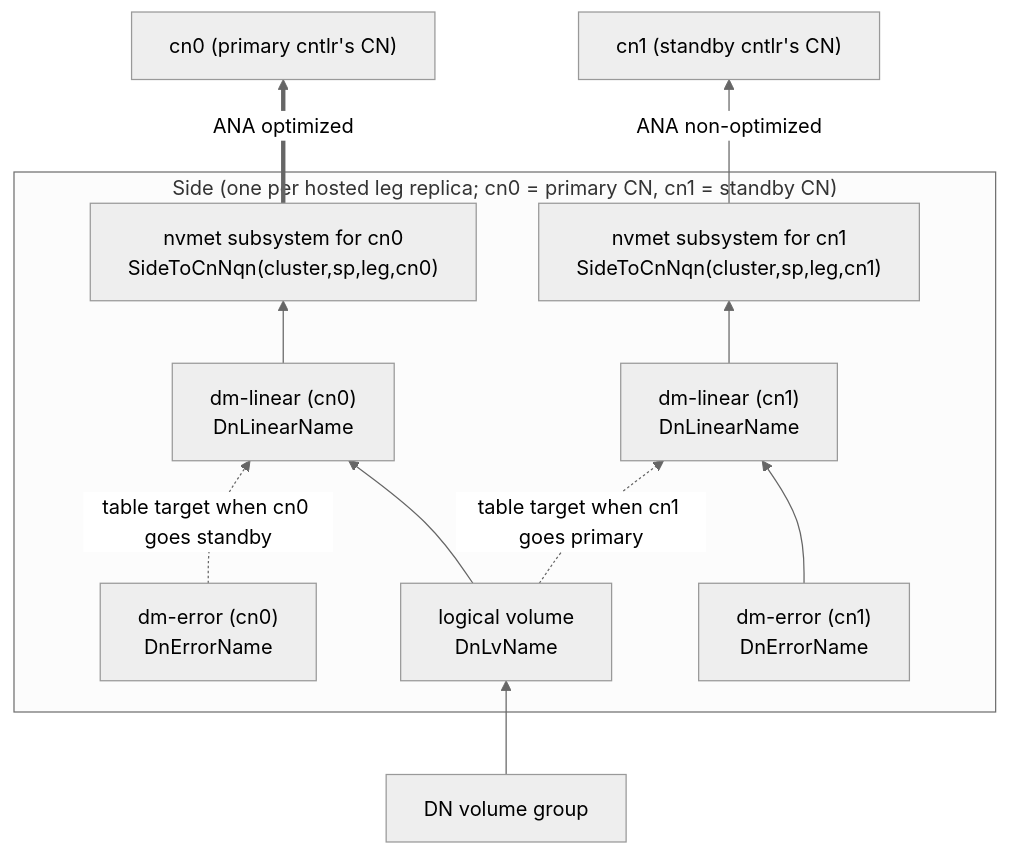
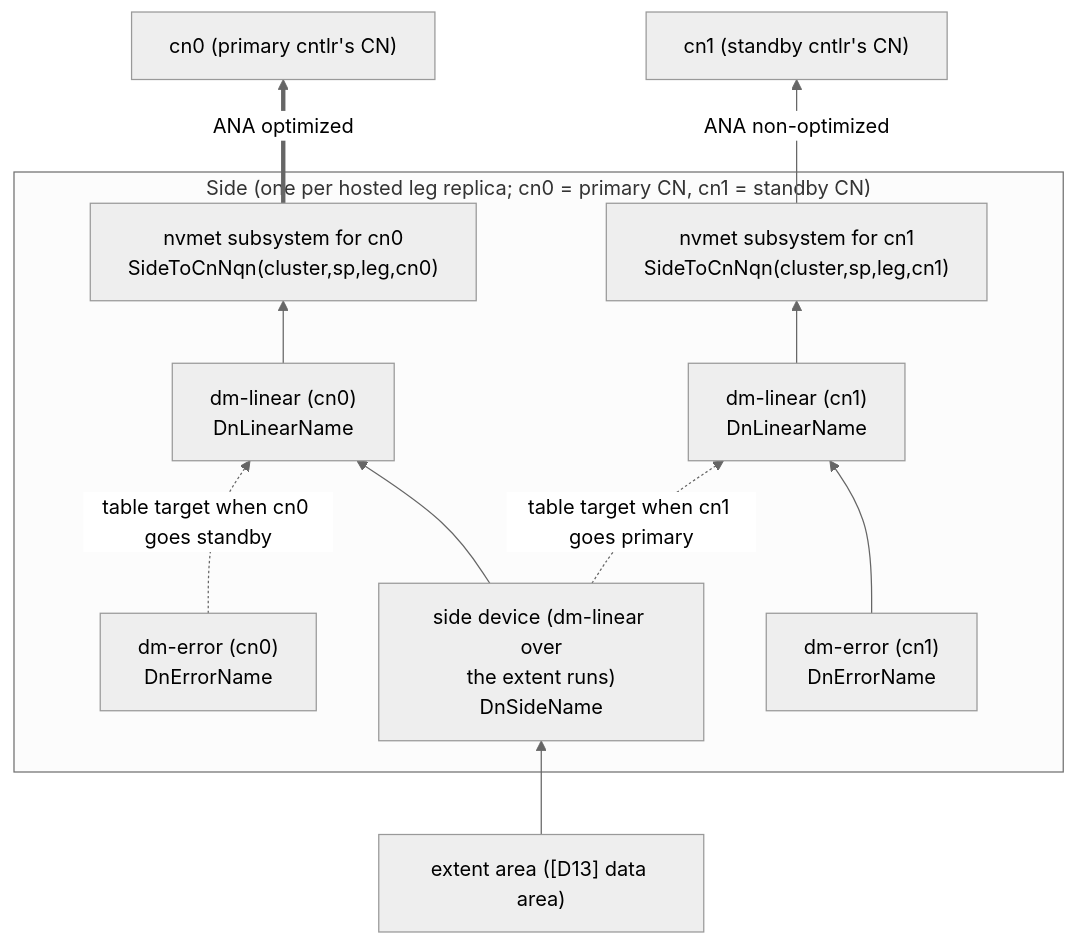
Before and after one commit to distributed-nvme/distributed-nvme: the third of 11 diagrams in doc/architecture.md, drawn with Mermaid (neutral theme). The commit also changed other lines of this file and 50 other files, not shown here.

````diff
--- a/doc/architecture.md
+++ b/doc/architecture.md
@@ -209,21 +226,21 @@
 ```mermaid
 flowchart BT
     subgraph side["Side (one per hosted leg replica; cn0 = primary CN, cn1 = standby CN)"]
-        LV["logical volume<br/>DnLvName"]
+        LV["side device (dm-linear over<br/>the extent runs)<br/>DnSideName"]
         E0["dm-error (cn0)<br/>DnErrorName"]
         L0["dm-linear (cn0)<br/>DnLinearName"]
         N0["nvmet subsystem for cn0<br/>SideToCnNqn(cluster,sp,leg,cn0)"]
         E1["dm-error (cn1)<br/>DnErrorName"]
         L1["dm-linear (cn1)<br/>DnLinearName"]
         N1["nvmet subsystem for cn1<br/>SideToCnNqn(cluster,sp,leg,cn1)"]
         LV --> L0
         L0 --> N0
         E1 --> L1
         L1 --> N1
         E0 -.->|"table target when cn0 goes standby"| L0
         LV -.->|"table target when cn1 goes primary"| L1
     end
-    VG["DN volume group"] --> LV
+    VG["extent area ([D13] data area)"] --> LV
     N0 ==>|"ANA optimized"| CN0["cn0 (primary cntlr's CN)"]
     N1 -->|"ANA non-optimized"| CN1["cn1 (standby cntlr's CN)"]
 ```
````
